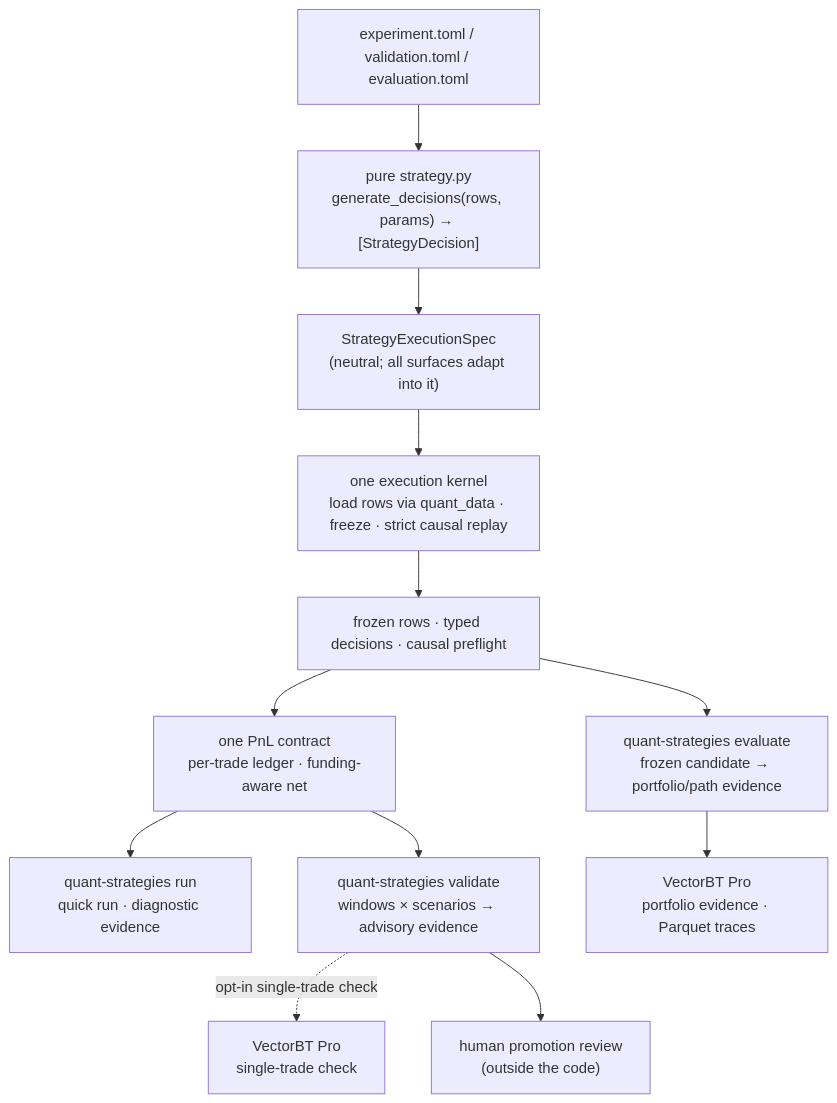
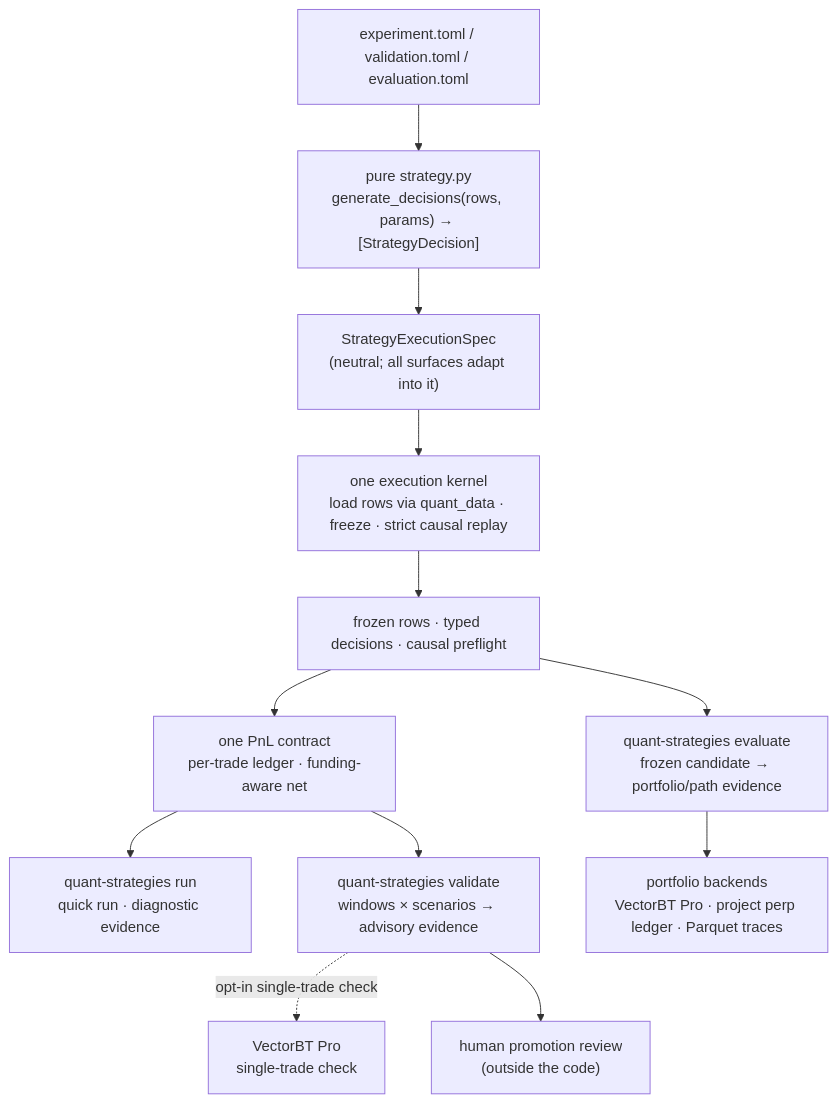
Before and after one commit to xxSeasonxx/quant_strategies: the diagram in README.md, drawn with Mermaid. The commit also changed other lines of this file and 12 other files, not shown here.

Commit message:
Add funding-aware crypto perp evaluation ledger

````diff
--- a/README.md
+++ b/README.md
@@ -34,15 +34,15 @@
 ```mermaid
 flowchart TD
     cfg["experiment.toml / validation.toml / evaluation.toml"] --> strat
     strat["pure strategy.py<br/>generate_decisions(rows, params) → [StrategyDecision]"] --> spec
     spec["StrategyExecutionSpec<br/>(neutral; all surfaces adapt into it)"] --> kernel
     kernel["one execution kernel<br/>load rows via quant_data · freeze · strict causal replay"] --> evidence
     evidence["frozen rows · typed decisions · causal preflight"] --> pnl
     pnl["one PnL contract<br/>per-trade ledger · funding-aware net"]
     pnl --> quick["quant-strategies run<br/>quick run · diagnostic evidence"]
     pnl --> valid["quant-strategies validate<br/>windows × scenarios → advisory evidence"]
     evidence --> eval["quant-strategies evaluate<br/>frozen candidate → portfolio/path evidence"]
     valid -. "opt-in single-trade check" .-> oracle["VectorBT Pro<br/>single-trade check"]
-    eval --> vbt["VectorBT Pro<br/>portfolio evidence · Parquet traces"]
+    eval --> vbt["portfolio backends<br/>VectorBT Pro · project perp ledger · Parquet traces"]
     valid --> human["human promotion review<br/>(outside the code)"]
 ```
````
